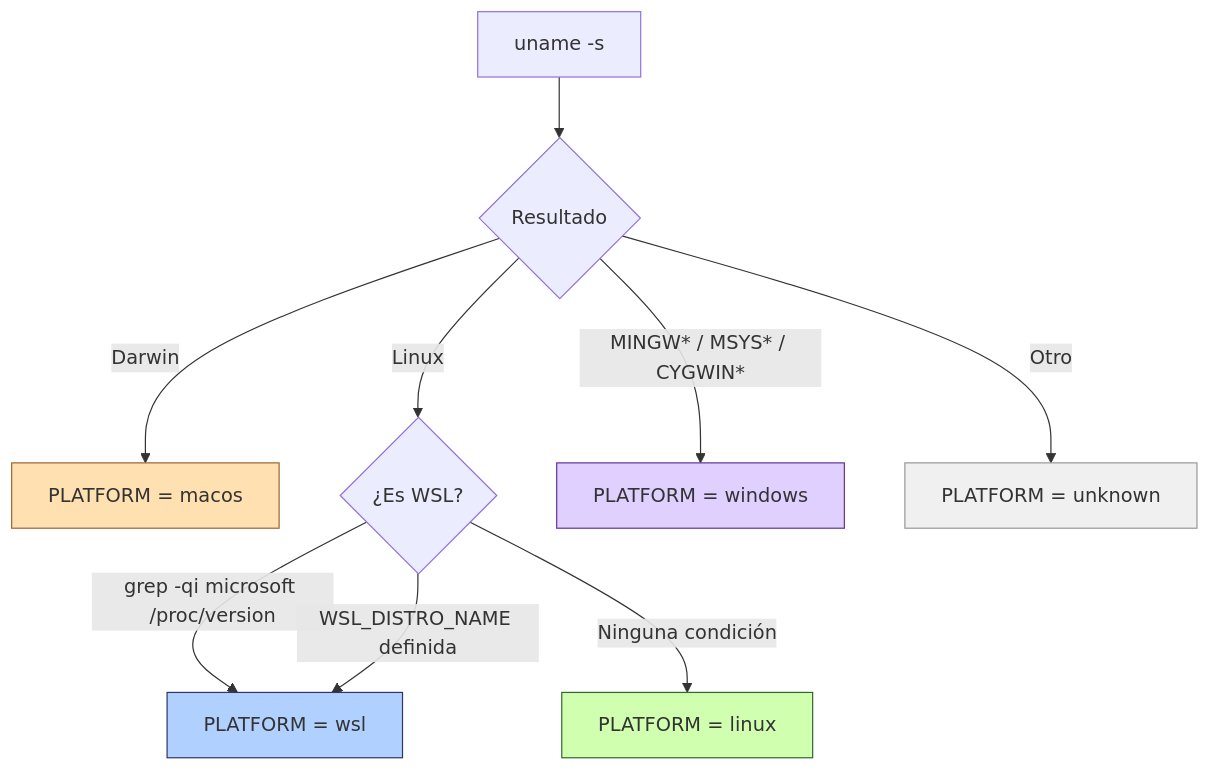
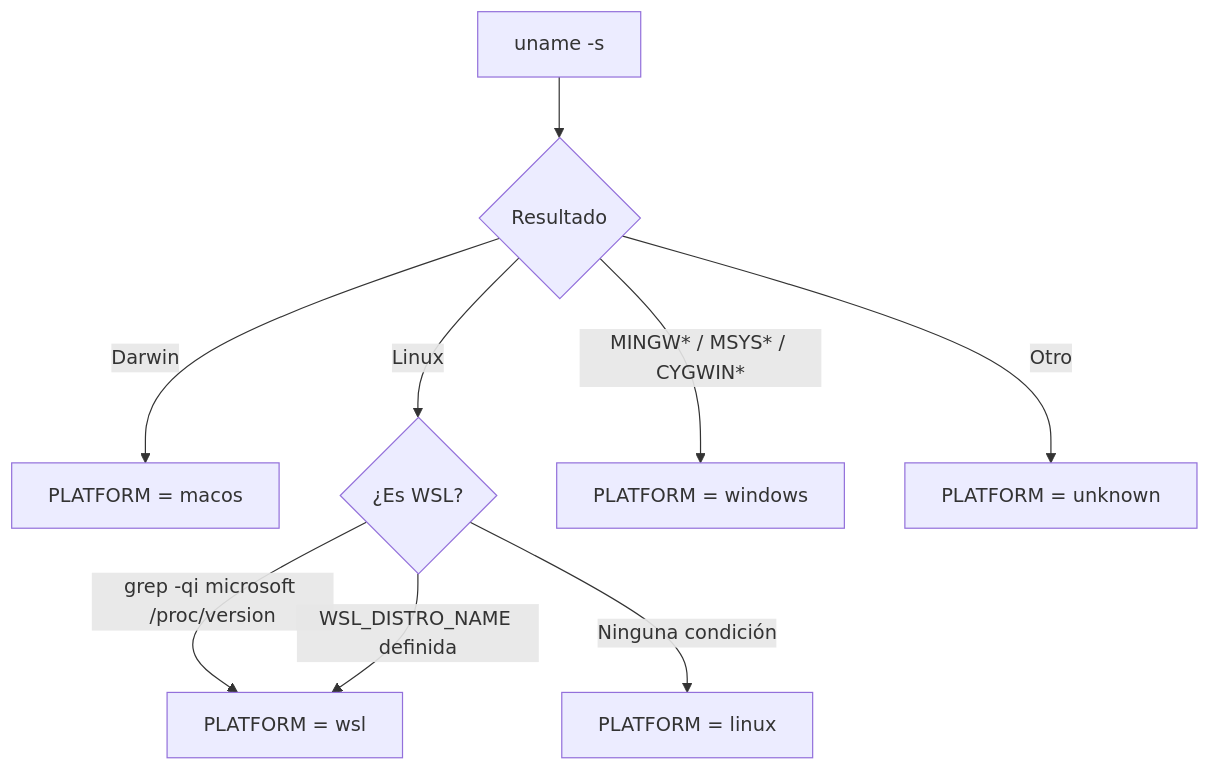
The second of 3 diagrams in docs/SYNC.md (incognia/rules), drawn with Mermaid before and after one commit. The commit also changed other lines of this file and 89 other files, not shown here.

````diff
--- a/docs/SYNC.md
+++ b/docs/SYNC.md
@@ -61,17 +64,11 @@
 ```mermaid
 flowchart TD
     A[uname -s] --> B{Resultado}
     B -->|Darwin| C[PLATFORM = macos]
     B -->|Linux| D{¿Es WSL?}
     D -->|grep -qi microsoft /proc/version| E[PLATFORM = wsl]
     D -->|WSL_DISTRO_NAME definida| E
     D -->|Ninguna condición| F[PLATFORM = linux]
     B -->|MINGW* / MSYS* / CYGWIN*| G[PLATFORM = windows]
     B -->|Otro| H[PLATFORM = unknown]
-
-    style C fill:#ffe0b0,stroke:#963
-    style E fill:#b0d0ff,stroke:#336
-    style F fill:#d0ffb0,stroke:#363
-    style G fill:#e0d0ff,stroke:#639
-    style H fill:#f0f0f0,stroke:#999
 ```
````
